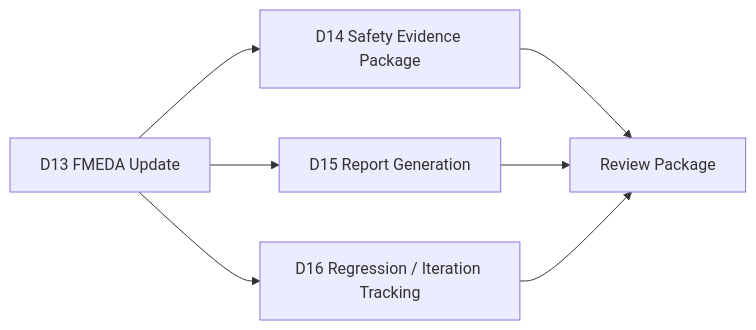
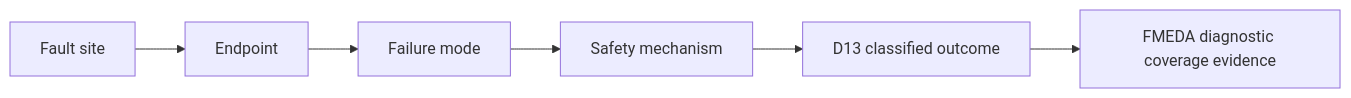
The tenth of 10 diagrams in articles/13_automotive_safeic_practice_d13_github_en_fmeda_update.md (qiqixixi1001/automotive-safeic-practice), drawn with Mermaid before and after one commit. The commit also changed other lines of this file, not shown here.

````diff
--- a/articles/13_automotive_safeic_practice_d13_github_en_fmeda_update.md
+++ b/articles/13_automotive_safeic_practice_d13_github_en_fmeda_update.md
@@ -1223,9 +1025,8 @@
 ```mermaid
 flowchart LR
-    A[D13 FMEDA Update] --> B[D14 Safety Evidence Package]
-    A --> C[D15 Report Generation]
-    A --> D[D16 Regression / Iteration Tracking]
-    B --> E[Review Package]
-    C --> E
-    D --> E
+    A[Fault site] --> B[Endpoint]
+    B --> C[Failure mode]
+    C --> D[Safety mechanism]
+    D --> E[D13 classified outcome]
+    E --> F[FMEDA diagnostic coverage evidence]
 ```
````
